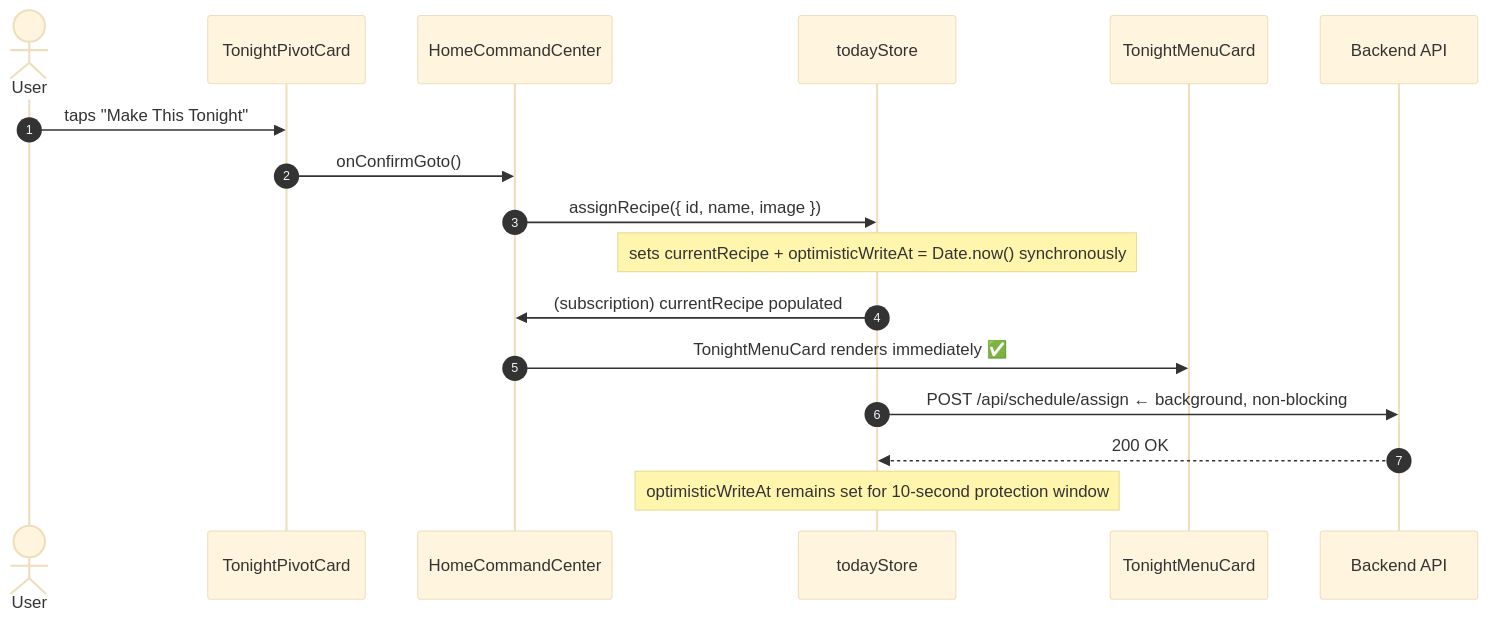
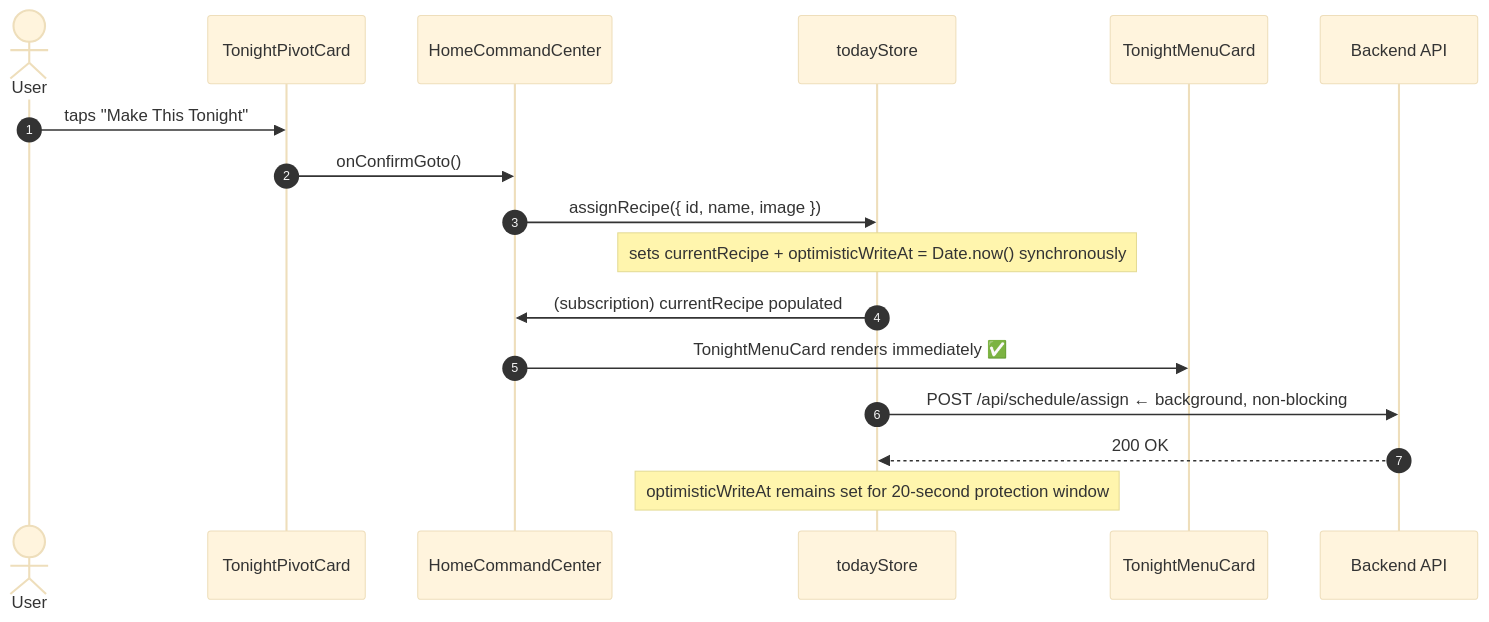
The second of 2 diagrams in docs/flows/user-flows/no-menu-goto-home-state.md (AlexandreBrisebois/whats-for-supper), drawn with Mermaid (base theme) before and after one commit. The commit also changed other lines of this file and 280 other files, not shown here.

````diff
--- a/docs/flows/user-flows/no-menu-goto-home-state.md
+++ b/docs/flows/user-flows/no-menu-goto-home-state.md
@@ -135,21 +135,21 @@
 ```mermaid
 sequenceDiagram
     autonumber
 
     actor User
     participant PivotCard as TonightPivotCard
     participant HCC as HomeCommandCenter
     participant Store as todayStore
     participant MenuCard as TonightMenuCard
     participant Backend as Backend API
 
     User->>PivotCard: taps "Make This Tonight"
     PivotCard->>HCC: onConfirmGoto()
     HCC->>Store: assignRecipe({ id, name, image })
     note over Store: sets currentRecipe + optimisticWriteAt = Date.now() synchronously
     Store->>HCC: (subscription) currentRecipe populated
     HCC->>MenuCard: TonightMenuCard renders immediately ✅
     Store->>Backend: POST /api/schedule/assign  ← background, non-blocking
     Backend-->>Store: 200 OK
-    note over Store: optimisticWriteAt remains set for 10-second protection window
+    note over Store: optimisticWriteAt remains set for 20-second protection window
 ```
````
